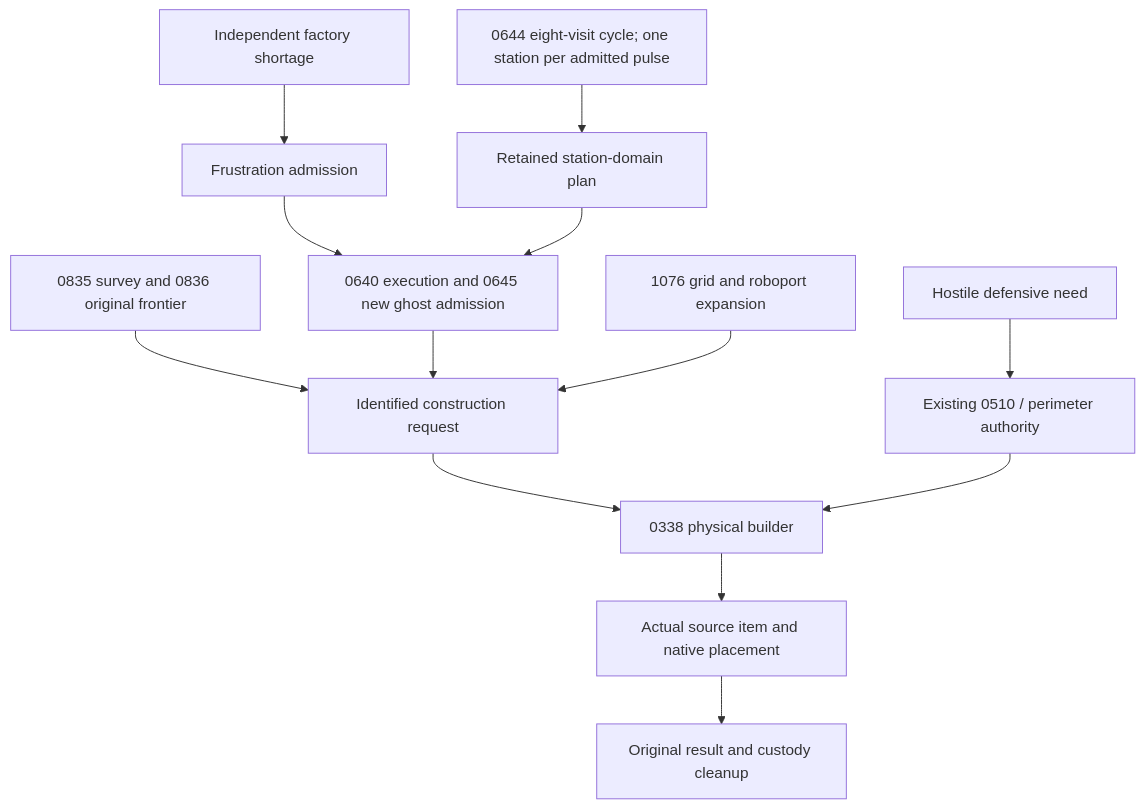
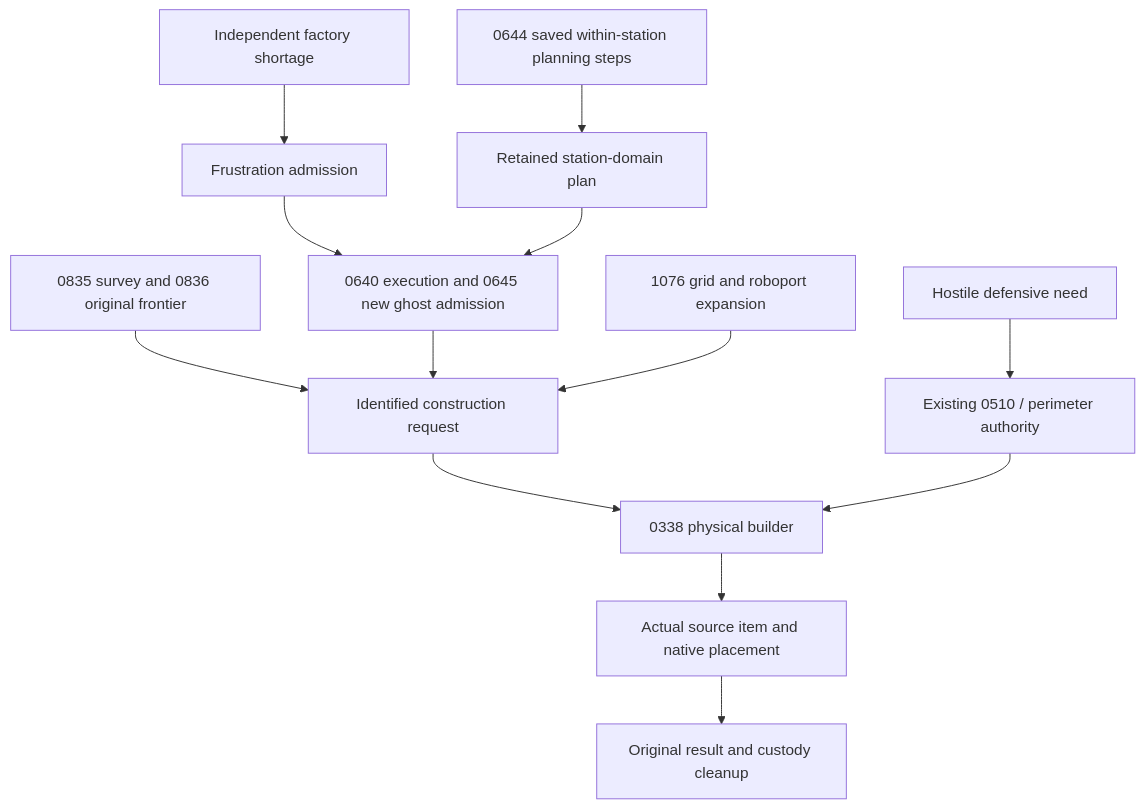
The third of 5 diagrams in docs/RECOVERY_AUTHORITY_MAP_CURRENT.md (mrcalzon02/Tech-Priests), drawn with Mermaid before and after one commit. The commit also changed other lines of this file and 66 other files, not shown here.

First line of the commit message:
perf: resume force planning and placement in bounded saved steps

````diff
--- a/docs/RECOVERY_AUTHORITY_MAP_CURRENT.md
+++ b/docs/RECOVERY_AUTHORITY_MAP_CURRENT.md
@@ -71,15 +71,15 @@
 ```mermaid
 flowchart TD
     Defense["Hostile defensive need"] --> Dispatch["Existing 0510 / perimeter authority"]
     Factory["Independent factory shortage"] --> Gate["Frustration admission"]
     Gate --> Planner["0640 execution and 0645 new ghost admission"]
-    Survey["0644 eight-visit cycle; one station per admitted pulse"] --> Plan["Retained station-domain plan"]
+    Survey["0644 saved within-station planning steps"] --> Plan["Retained station-domain plan"]
     Plan --> Planner
     Rail["0835 survey and 0836 original frontier"] --> Request["Identified construction request"]
     Planner --> Request
     Frontier["1076 grid and roboport expansion"] --> Request
     Request --> Builder["0338 physical builder"]
     Dispatch --> Builder
     Builder --> Paid["Actual source item and native placement"]
     Paid --> Receipt["Original result and custody cleanup"]
 ```
````
